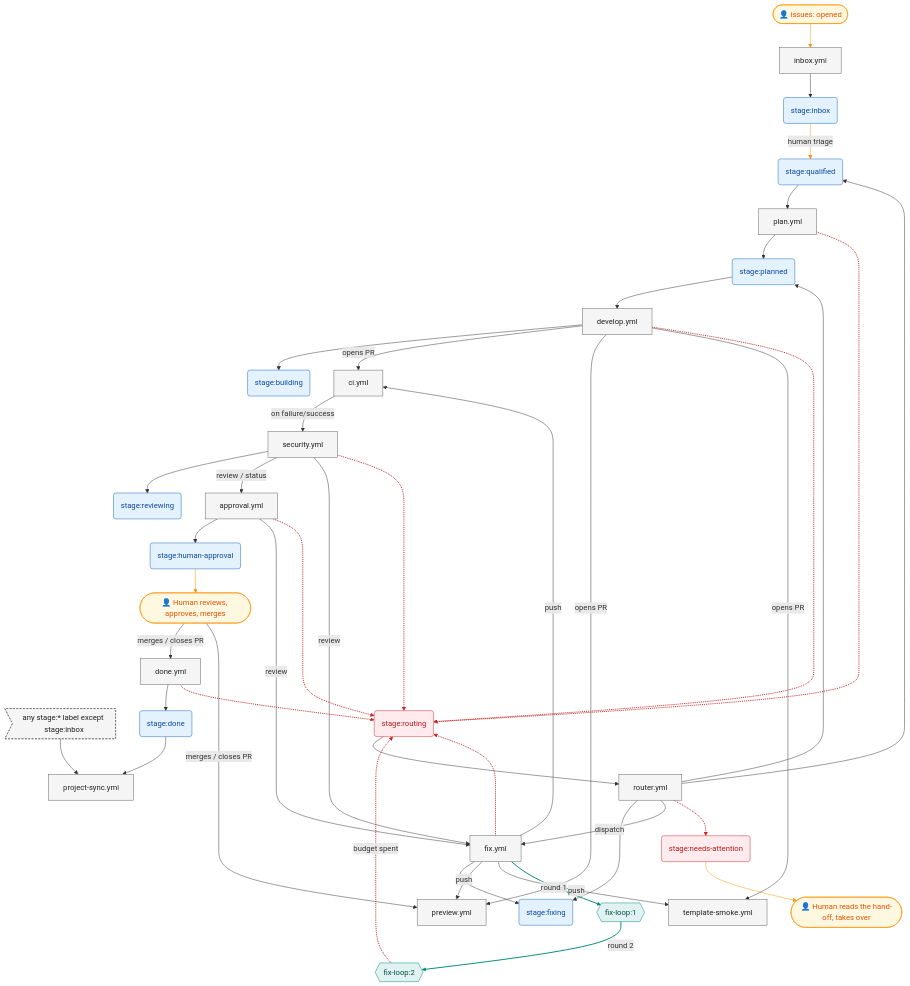
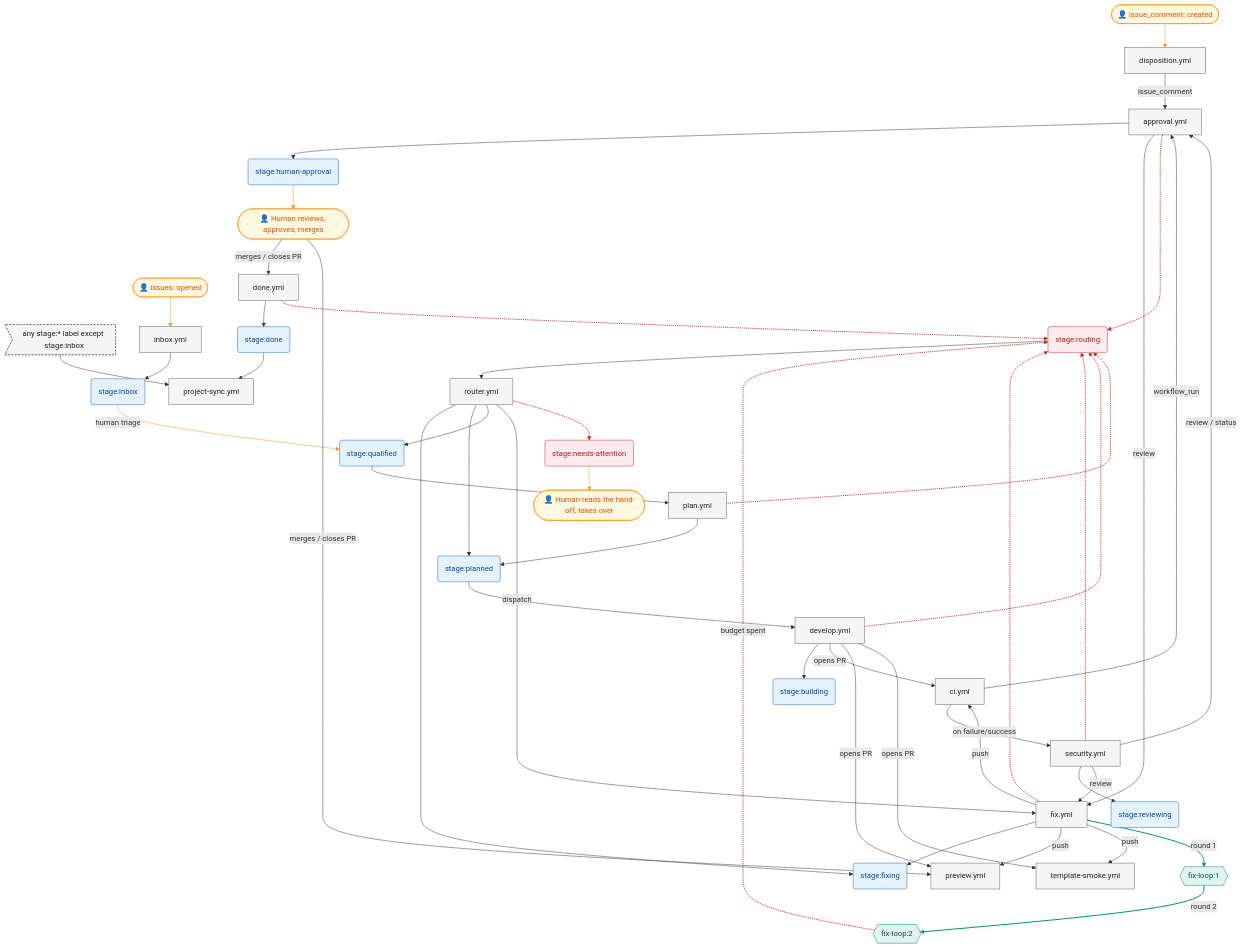
The diagram in docs/pipeline-map.md (menashsoffer/nx-ai-agents-workspace), drawn with Mermaid before and after one commit. The commit also changed other lines of this file and 10 other files, not shown here.

````diff
--- a/docs/pipeline-map.md
+++ b/docs/pipeline-map.md
@@ -15,6 +15,7 @@
 ```mermaid
 flowchart TD
   g_project_sync_stage_>"any stage:* label except stage:inbox"]
+  h_src_disposition(["👤 issue_comment: created"])
   h_src_inbox(["👤 issues: opened"])
   h_stage_human_approval(["👤 Human reviews, approves, merges"])
   h_stage_needs_attention(["👤 Human reads the hand-off, takes over"])
@@ -33,6 +34,7 @@
   w_approval["approval.yml"]
   w_ci["ci.yml"]
   w_develop["develop.yml"]
+  w_disposition["disposition.yml"]
   w_done["done.yml"]
   w_fix["fix.yml"]
   w_inbox["inbox.yml"]
@@ -42,6 +44,7 @@
   w_router["router.yml"]
   w_security["security.yml"]
   w_template_smoke["template-smoke.yml"]
+  h_src_disposition --> w_disposition
   h_src_inbox --> w_inbox
   s_stage_human_approval --> h_stage_human_approval
   s_stage_inbox -->|"human triage"| s_stage_qualified
@@ -64,10 +67,12 @@
   h_stage_human_approval -->|"merges / closes PR"| w_done
   h_stage_human_approval -->|"merges / closes PR"| w_preview
   w_approval -->|"review"| w_fix
+  w_ci -->|"workflow_run"| w_approval
   w_ci -->|"on failure/success"| w_security
   w_develop -->|"opens PR"| w_ci
   w_develop -->|"opens PR"| w_preview
   w_develop -->|"opens PR"| w_template_smoke
+  w_disposition -->|"issue_comment"| w_approval
   w_fix -->|"push"| w_ci
   w_fix -->|"push"| w_preview
   w_fix -->|"push"| w_template_smoke
@@ -91,12 +96,12 @@
   classDef human fill:#fff8e1,stroke:#ff8f00,color:#e65100
   classDef loop fill:#e0f2f1,stroke:#00897b,color:#004d40
   class s_stage_building,s_stage_done,s_stage_fixing,s_stage_human_approval,s_stage_inbox,s_stage_planned,s_stage_qualified,s_stage_reviewing stage
-  class w_approval,w_ci,w_develop,w_done,w_fix,w_inbox,w_plan,w_preview,w_project_sync,w_router,w_security,w_template_smoke workflow
+  class w_approval,w_ci,w_develop,w_disposition,w_done,w_fix,w_inbox,w_plan,w_preview,w_project_sync,w_router,w_security,w_template_smoke workflow
   class g_project_sync_stage_ gate
   class s_stage_needs_attention,s_stage_routing problem
-  class h_src_inbox,h_stage_human_approval,h_stage_needs_attention human
+  class h_src_disposition,h_src_inbox,h_stage_human_approval,h_stage_needs_attention human
   class l_fix_loop_1,l_fix_loop_2 loop
-  linkStyle 34,35,36,37,38,39,40,41 stroke:#c62828,stroke-width:2px
-  linkStyle 32,33 stroke:#00897b,stroke-width:2px
-  linkStyle 0,1,2,3 stroke:#ff8f00
+  linkStyle 37,38,39,40,41,42,43,44 stroke:#c62828,stroke-width:2px
+  linkStyle 35,36 stroke:#00897b,stroke-width:2px
+  linkStyle 0,1,2,3,4 stroke:#ff8f00
 ```
````
